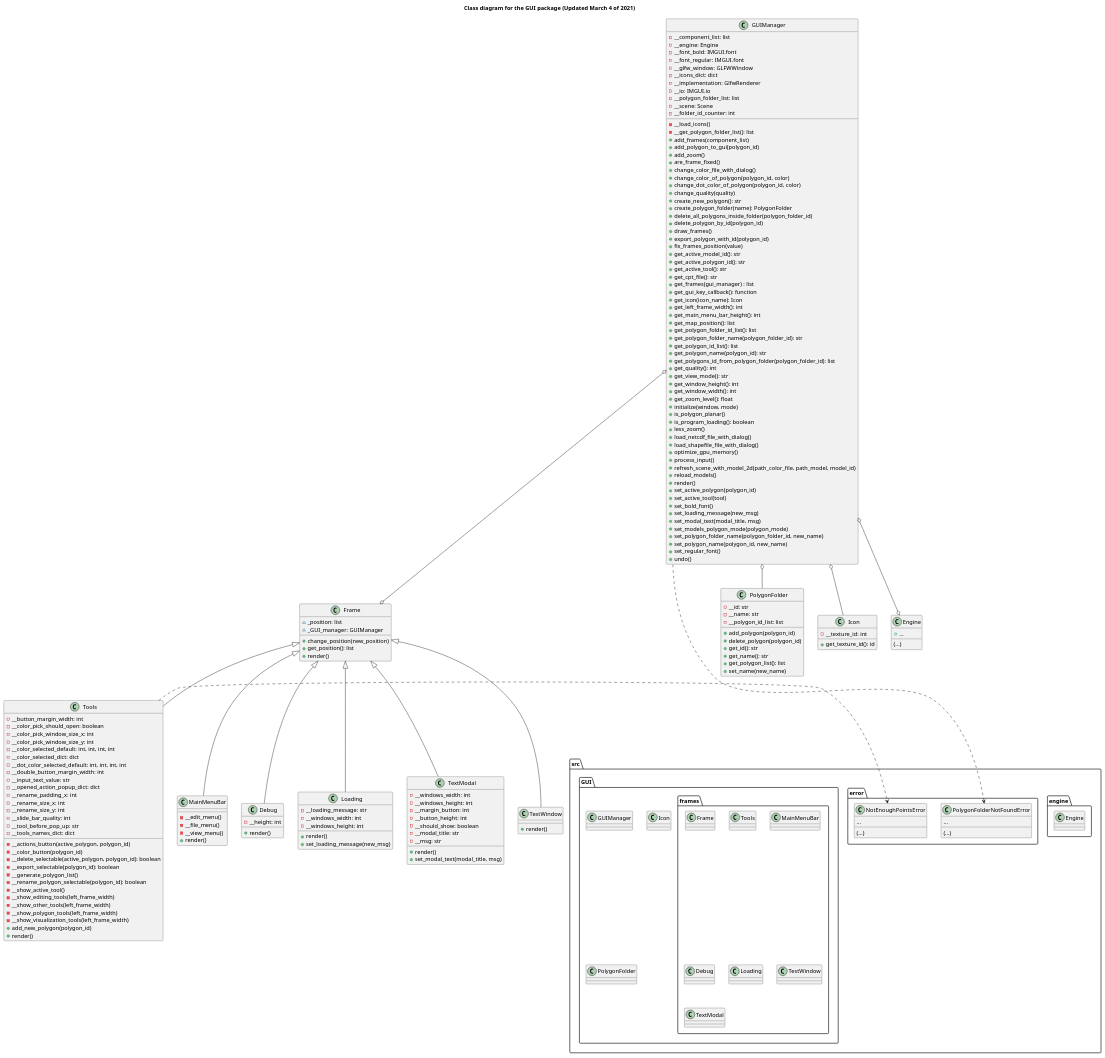
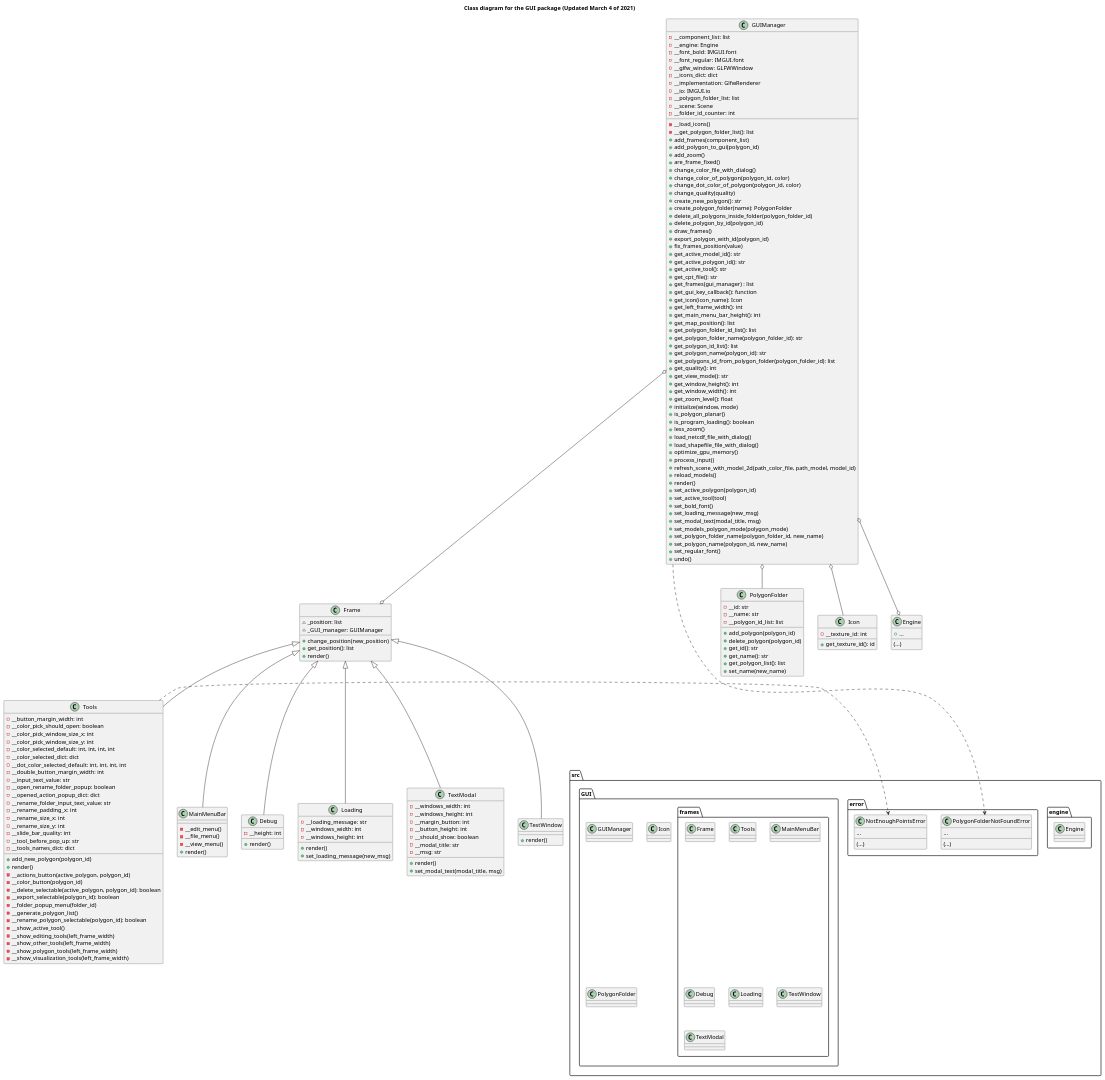
The diagram in docs/gui_package.puml (ferpoble2/Relief_Creator), drawn with PlantUML before and after one commit. The commit also changed 1 other file, not shown here.

Commit message:
Added folder functionality to the Tools frame

```diff
--- a/docs/gui_package.puml
+++ b/docs/gui_package.puml
@@ -158,7 +158,9 @@
     - __dot_color_selected_default: int, int, int, int
     - __double_button_margin_width: int
     - __input_text_value: str
+    - __open_rename_folder_popup: boolean
     - __opened_action_popup_dict: dict
+    - __rename_folder_input_text_value: str
     - __rename_padding_x: int
     - __rename_size_x: int
     - __rename_size_y: int
@@ -166,11 +168,13 @@
     - __tool_before_pop_up: str
     - __tools_names_dict: dict
 
-
+    + add_new_polygon(polygon_id)
+    + render()
     - __actions_button(active_polygon, polygon_id)
     - __color_button(polygon_id)
     - __delete_selectable(active_polygon, polygon_id): boolean
     - __export_selectable(polygon_id): boolean
+    - __folder_popup_menu(folder_id)
     - __generate_polygon_list()
     - __rename_polygon_selectable(polygon_id): boolean
     - __show_active_tool()
@@ -178,8 +182,6 @@
     - __show_other_tools(left_frame_width)
     - __show_polygon_tools(left_frame_width)
     - __show_visualization_tools(left_frame_width)
-    + add_new_polygon(polygon_id)
-    + render()
 }
 
 class Debug {
```
